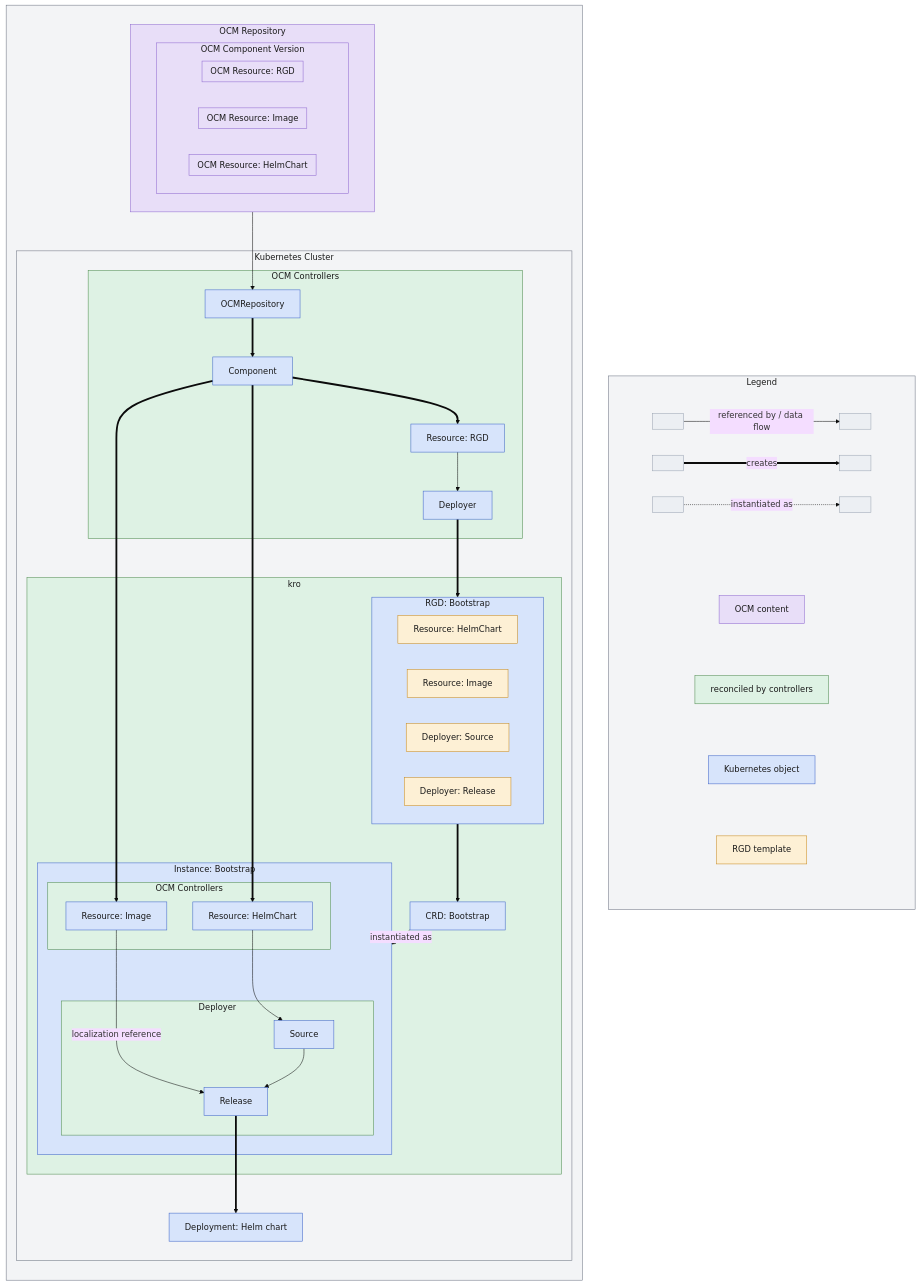
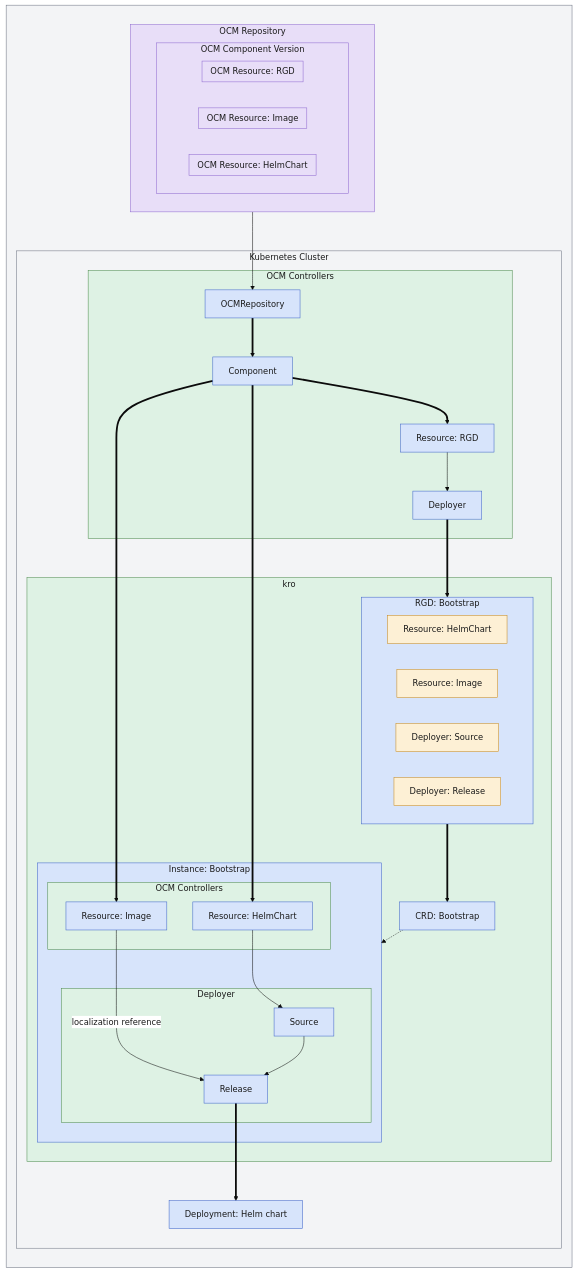
One commit to open-component-model/open-component-model changed the diagram in website/content/docs/tutorials/deploy-helm-chart-bootstrap.md. Above: the diagram before and after it, drawn with Mermaid. The commit also changed other lines of this file and 1 other file, not shown here.

Commit message:
docs(website): replace embedded mermaid legend with an HTML legend
The in-diagram legend (pill boxes plus invisible-edge triples) forced the
canvas wide and left a large empty area. Remove it and add a compact
inline-styled HTML legend under each diagram. Neutralize mermaid's pink
edge-label colour, drop the now-redundant "instantiated as" labels (the
legend covers the dotted arrow), and keep the meaningful labels. The inline
legend omits the RGD-template swatch, which its diagram never uses.

````diff
--- a/website/content/docs/tutorials/deploy-helm-chart-bootstrap.md
+++ b/website/content/docs/tutorials/deploy-helm-chart-bootstrap.md
@@ -80,21 +80,6 @@
 ```mermaid
-%%{init: {"theme":"base", "flowchart": {"wrappingWidth": 300}}}%%
+%%{init: {"theme":"base", "themeVariables": {"edgeLabelBackground":"#ffffff"}, "flowchart": {"wrappingWidth": 300}}}%%
 flowchart TB
-    subgraph legend[Legend]
-        direction TB
-        subgraph conns[ ]
-            direction LR
-            l1a[ ] -- referenced by / data flow --> l1b[ ]
-            l2a[ ] == creates ==> l2b[ ]
-            l3a[ ] eLegDot@-. instantiated as .-> l3b[ ]
-        end
-        subgraph boxes[ ]
-            direction TB
-            pillOcm[OCM content] ~~~ pillRec[reconciled by controllers] ~~~ pillK8s[Kubernetes object] ~~~ pillTpl[RGD template]
-        end
-        conns ~~~ boxes
-    end
-
     subgraph background[ ]
         direction TB
         subgraph ocmRepo[OCM Repository]
@@ -147,12 +132,11 @@
         k8sResourceRGD --> k8sDeployer
         k8sDeployer ==> rgd
         rgd ==> crdBootstrap
-        crdBootstrap eInstOf@-. instantiated as .-> instanceBootstrap
+        crdBootstrap eInstOf@-.-> instanceBootstrap
         k8sResourceHelm --> source
         source --> helmRelease
     end
 
-    eLegDot@{stroke-width: 2px}
     eInstOf@{stroke-width: 2px}
 
     classDef ocm fill:#e8def8,stroke:#8e68d0,color:#1a1a1a
@@ -160,18 +144,12 @@
     classDef k8sObject fill:#d7e4fb,stroke:#3c63c8,color:#1a1a1a
     classDef templateOf fill:#fdf0d5,stroke:#c8891c,color:#1a1a1a
     classDef cluster fill:#f3f4f6,stroke:#6b7280,color:#1a1a1a
-    classDef anchor fill:#eceff3,stroke:#9aa4b2,color:#1a1a1a
-    classDef ghost fill:transparent,stroke:transparent,color:transparent
 
-    class l1a,l1b,l2a,l2b,l3a,l3b anchor;
     class ocmRepo,ocmCV,ocmResourceHelm,ocmResourceImage,ocmResourceRGD ocm;
     class k8sCluster cluster;
     class bootstrap,kro,ocmControllers,deployer reconciledBy;
     class k8sRepo,k8sComponent,k8sResourceRGD,k8sDeployer,rgd,crdBootstrap,instanceBootstrap,k8sResourceHelm,k8sResourceImage,source,helmRelease,deployment k8sObject;
     class rgdResourceHelm,rgdResourceImage,rgdSource,rgdHelmRelease templateOf;
-    class pillOcm ocm;
-    class pillRec reconciledBy;
-    class pillK8s k8sObject;
-    class pillTpl templateOf;
-    class conns,boxes ghost;
+
+    linkStyle default color:#1a1a1a
 ```
````
